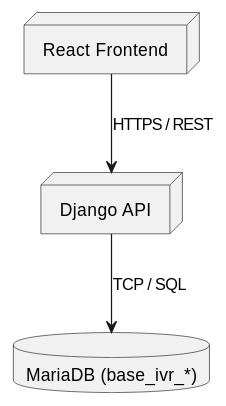
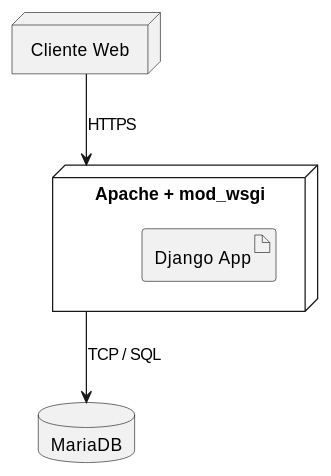
Before and after one commit to jcg-admin/IACT-docs: the diagram in source/arquitectura-tecnica/DeployView/inc-rpt-01.rst, drawn with PlantUML. The commit also changed 243 other files, not shown here.

First line of the commit message:
Add missing diagrams and fix participant names across Kruchten views

```diff
--- a/source/arquitectura-tecnica/DeployView/inc-rpt-01.rst
+++ b/source/arquitectura-tecnica/DeployView/inc-rpt-01.rst
@@ -21,13 +21,15 @@
 .. uml::
- :caption: UC_INC_RPT_01 — Deployment View
+ :caption: UC_INC_RPT_01 — Resolver Segmento — Deployment View
 
  @startuml
 
- node "React Frontend" as NodoFront
- node "Django API" as NodoAPI
- database "MariaDB (base_ivr_*)" as NodoBD
+ node "Cliente Web" as Client
+ node "Apache + mod_wsgi" as WebServer {
+   artifact "Django App" as App
+ }
+ database "MariaDB" as DB
 
- NodoFront --> NodoAPI : HTTPS / REST
- NodoAPI --> NodoBD : TCP / SQL
+ Client --> WebServer : HTTPS
+ WebServer --> DB : TCP / SQL
 
  @enduml
```
